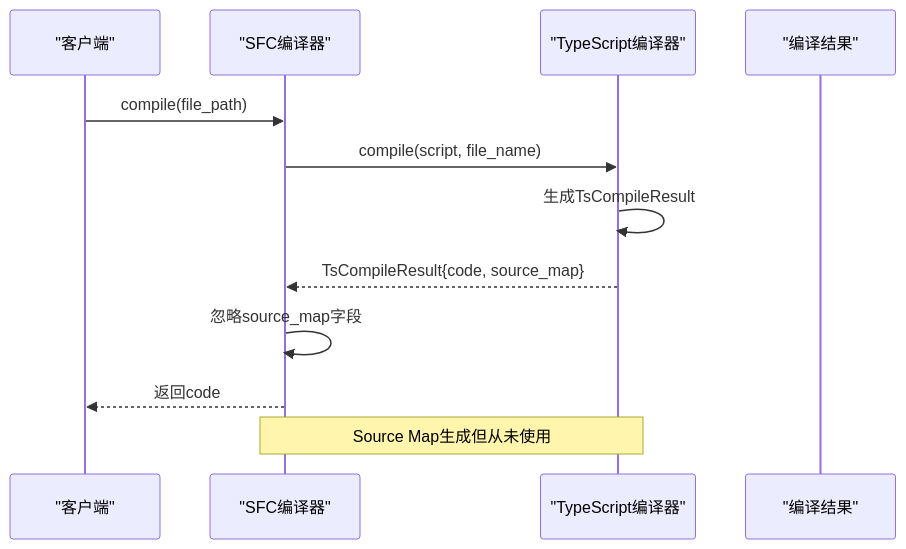
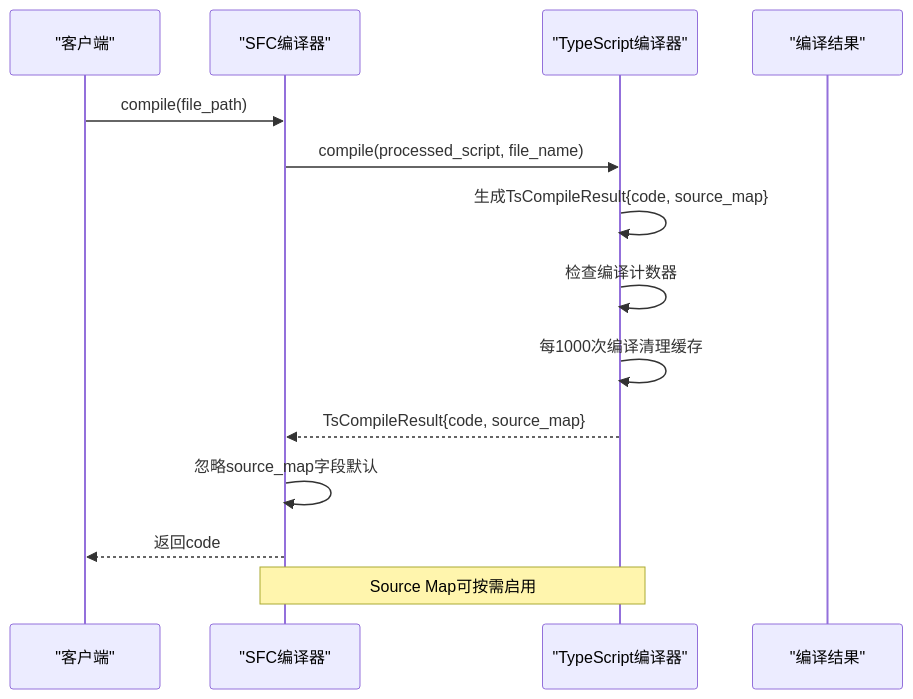
One commit to itszzl-sudo/iris changed the third of 7 diagrams in .qoder/repowiki/zh/content/项目概述/技术架构总览/Source Map评估与优化.md. Above: the diagram before and after it, drawn with Mermaid. The commit also changed other lines of this file and 23 other files, not shown here.

````diff
--- a/.qoder/repowiki/zh/content/项目概述/技术架构总览/Source Map评估与优化.md
+++ b/.qoder/repowiki/zh/content/项目概述/技术架构总览/Source Map评估与优化.md
@@ -119,14 +124,16 @@
 ```mermaid
 sequenceDiagram
 participant Client as "客户端"
 participant SFC as "SFC编译器"
 participant TS as "TypeScript编译器"
 participant Result as "编译结果"
 Client->>SFC : compile(file_path)
-SFC->>TS : compile(script, file_name)
-TS->>TS : 生成TsCompileResult
+SFC->>TS : compile(processed_script, file_name)
+TS->>TS : 生成TsCompileResult{code, source_map}
+TS->>TS : 检查编译计数器
+TS->>TS : 每1000次编译清理缓存
 TS-->>SFC : TsCompileResult{code, source_map}
-SFC->>SFC : 忽略source_map字段
+SFC->>SFC : 忽略source_map字段默认
 SFC-->>Client : 返回code
-Note over SFC,TS : Source Map生成但从未使用
+Note over SFC,TS : Source Map可按需启用
 ```
````
